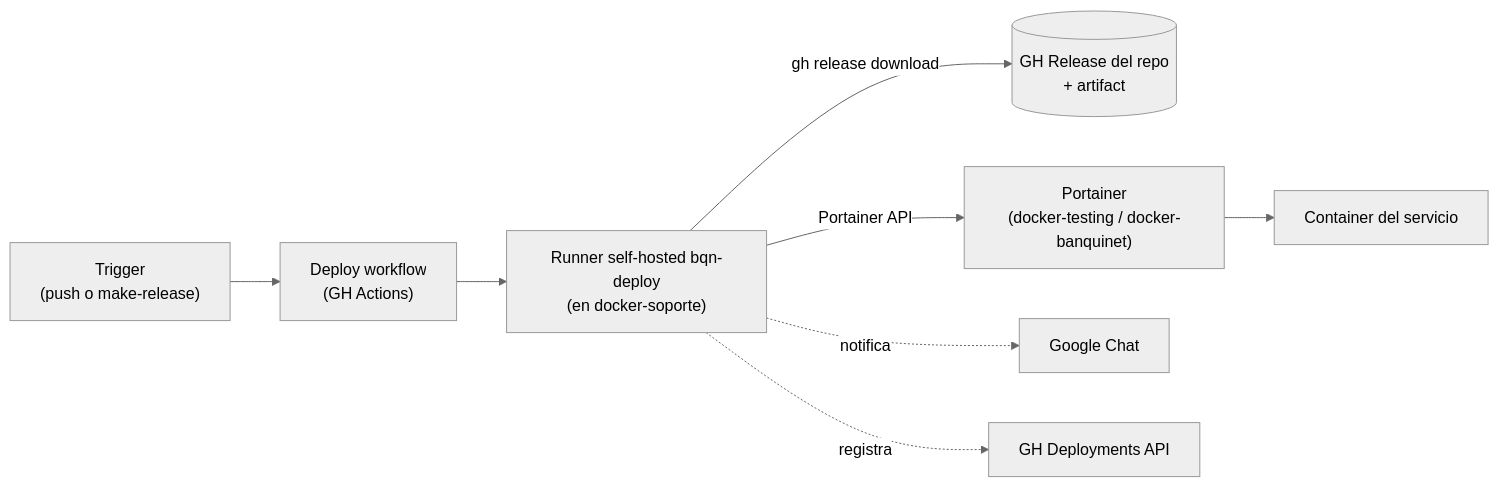
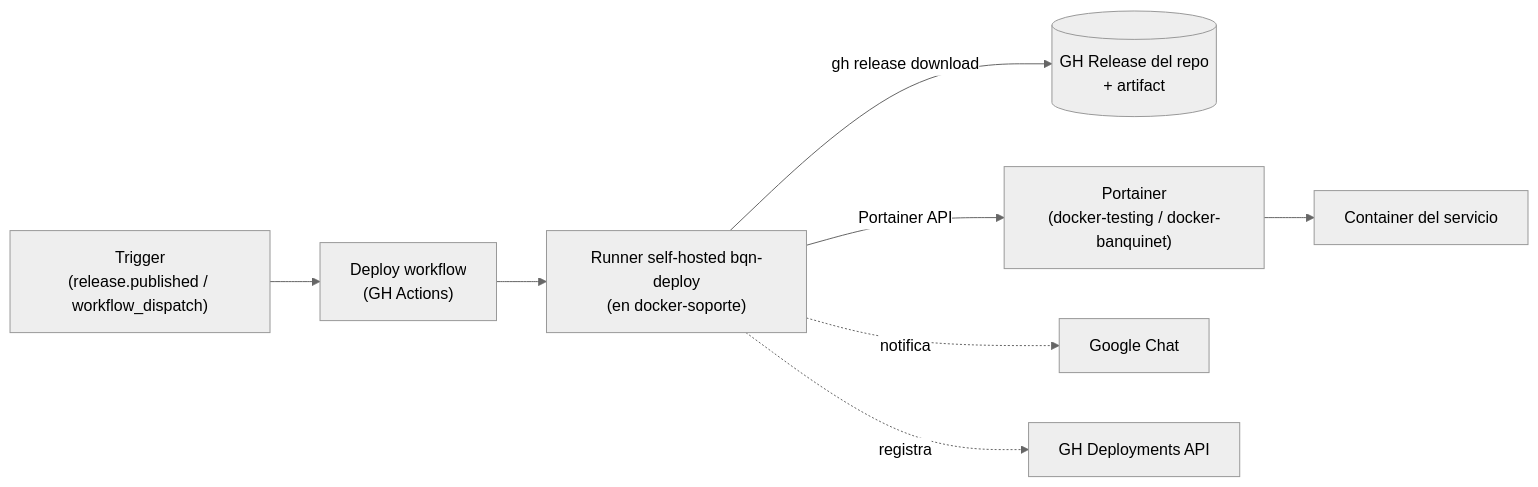
One commit to BQN-UY/CI-CD changed the fifth of 6 diagrams in docs/v2-hito2-deploy-spec.md. Above: the diagram before and after it, drawn with Mermaid (neutral theme). The commit also changed other lines of this file, not shown here.

````diff
--- a/docs/v2-hito2-deploy-spec.md
+++ b/docs/v2-hito2-deploy-spec.md
@@ -374,10 +374,10 @@
 ```mermaid
 flowchart LR
-    Trigger["Trigger<br/>(push o make-release)"] --> Workflow["Deploy workflow<br/>(GH Actions)"]
+    Trigger["Trigger<br/>(release.published / workflow_dispatch)"] --> Workflow["Deploy workflow<br/>(GH Actions)"]
     Workflow --> Runner["Runner self-hosted bqn-deploy<br/>(en docker-soporte)"]
     Runner -->|gh release download| Release[("GH Release del repo<br/>+ artifact")]
     Runner -->|Portainer API| Portainer["Portainer<br/>(docker-testing / docker-banquinet)"]
     Portainer --> Container["Container del servicio"]
     Runner -.->|notifica| Chat["Google Chat"]
     Runner -.->|registra| Deployments["GH Deployments API"]
 ```
````
